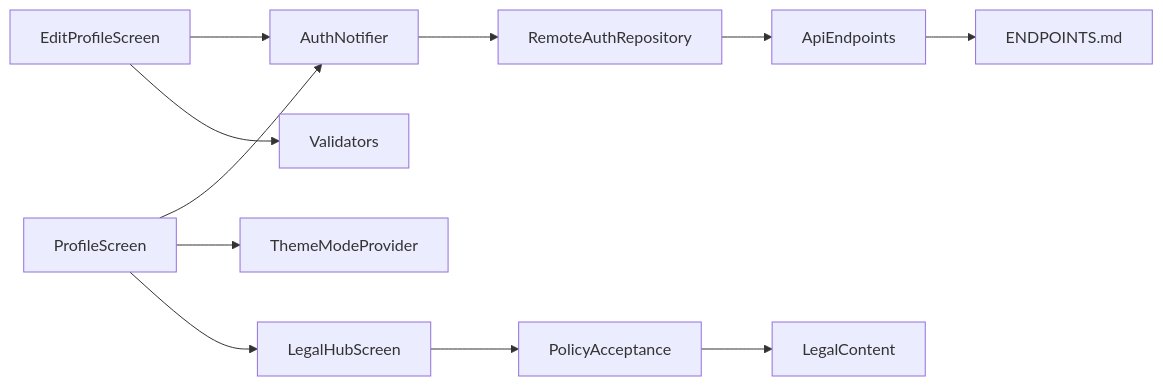
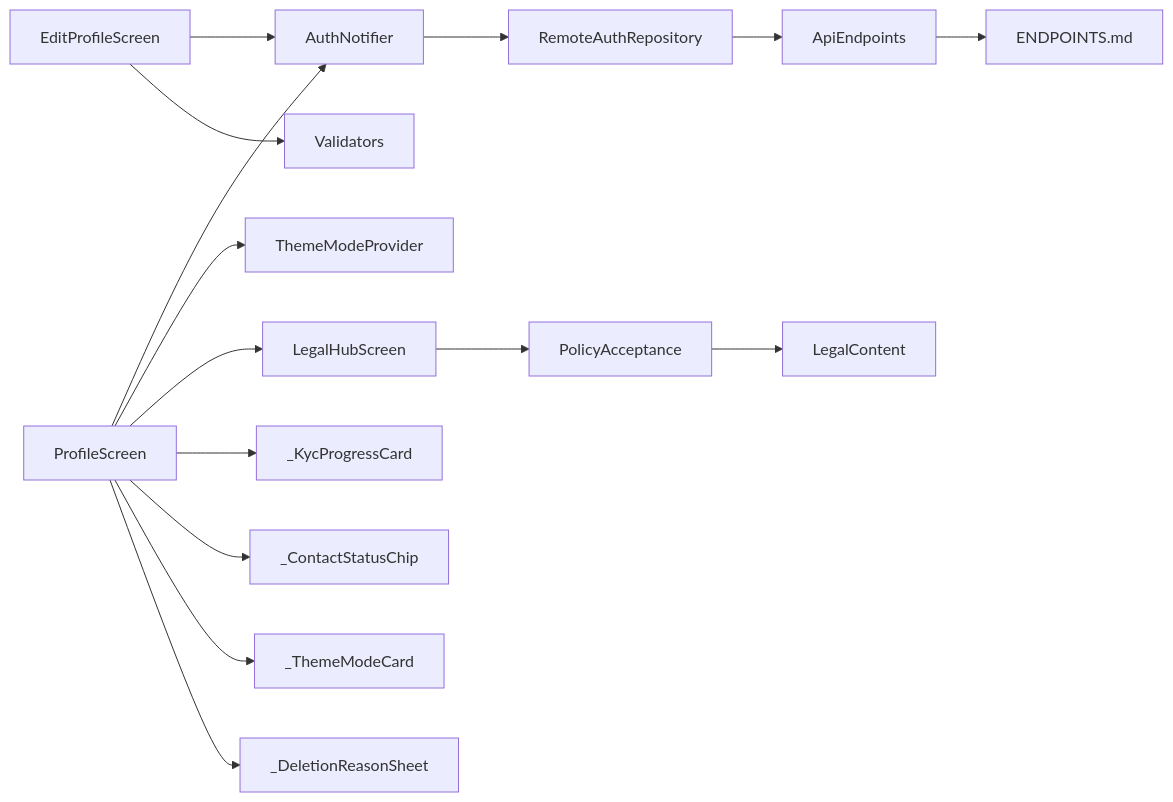
Before and after one commit to Advanstech/Lidapay-shop: the seventh of 7 diagrams in .qoder/repowiki/en/content/Profile & Settings.md, drawn with Mermaid. The commit also changed other lines of this file and 174 other files, not shown here.

````diff
--- a/.qoder/repowiki/en/content/Profile & Settings.md
+++ b/.qoder/repowiki/en/content/Profile & Settings.md
@@ -427,13 +517,17 @@
 ```mermaid
 graph LR
 EPS["EditProfileScreen"] --> AP["AuthNotifier"]
 PS["ProfileScreen"] --> AP
 AP --> RR["RemoteAuthRepository"]
 RR --> AE["ApiEndpoints"]
 AE --> DOC["ENDPOINTS.md"]
 PS --> TP["ThemeModeProvider"]
 PS --> LHS["LegalHubScreen"]
 LHS --> PA["PolicyAcceptance"]
 PA --> LC["LegalContent"]
 EPS --> V["Validators"]
+PS --> KYC["_KycProgressCard"]
+PS --> VERIF["_ContactStatusChip"]
+PS --> THEME["_ThemeModeCard"]
+PS --> DELETION["_DeletionReasonSheet"]
 ```
````
